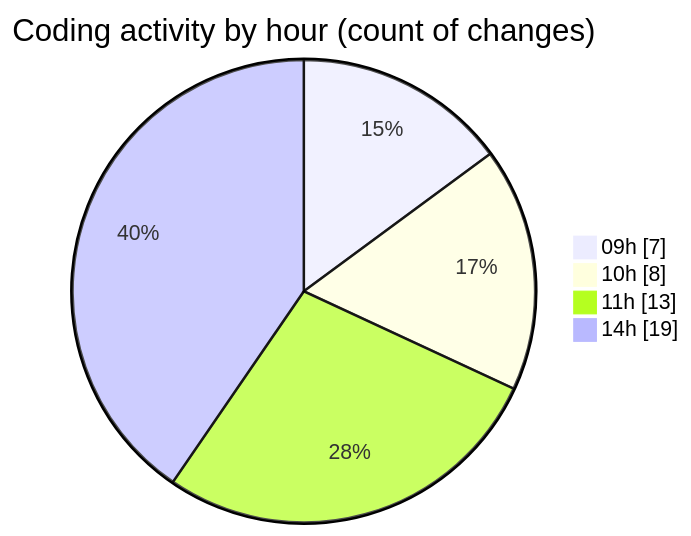
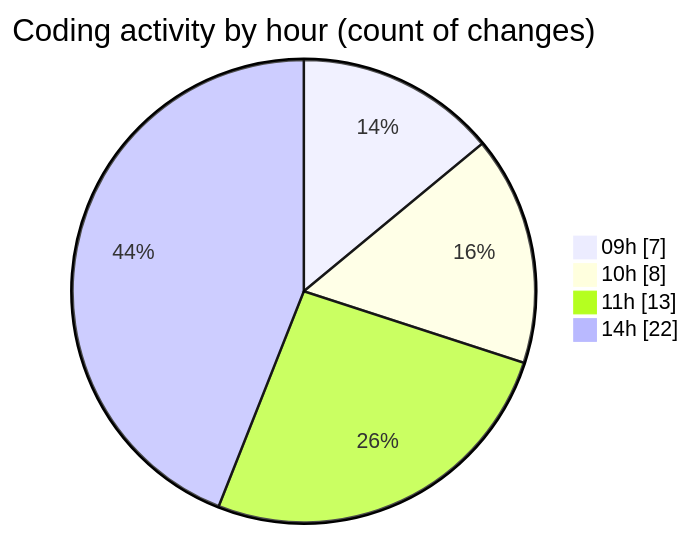
The second of 2 diagrams in 2026-01-21/cda/README.md (momahboobian/code-tracking), drawn with Mermaid before and after one commit. The commit also changed other lines of this file and 1 other file, not shown here.

````diff
--- a/2026-01-21/cda/README.md
+++ b/2026-01-21/cda/README.md
@@ -48,8 +49,8 @@
 ```mermaid
 pie showData
 title Coding activity by hour (count of changes)
 "09h" : 7
 "10h" : 8
 "11h" : 13
-"14h" : 19
+"14h" : 22
 ```
````
